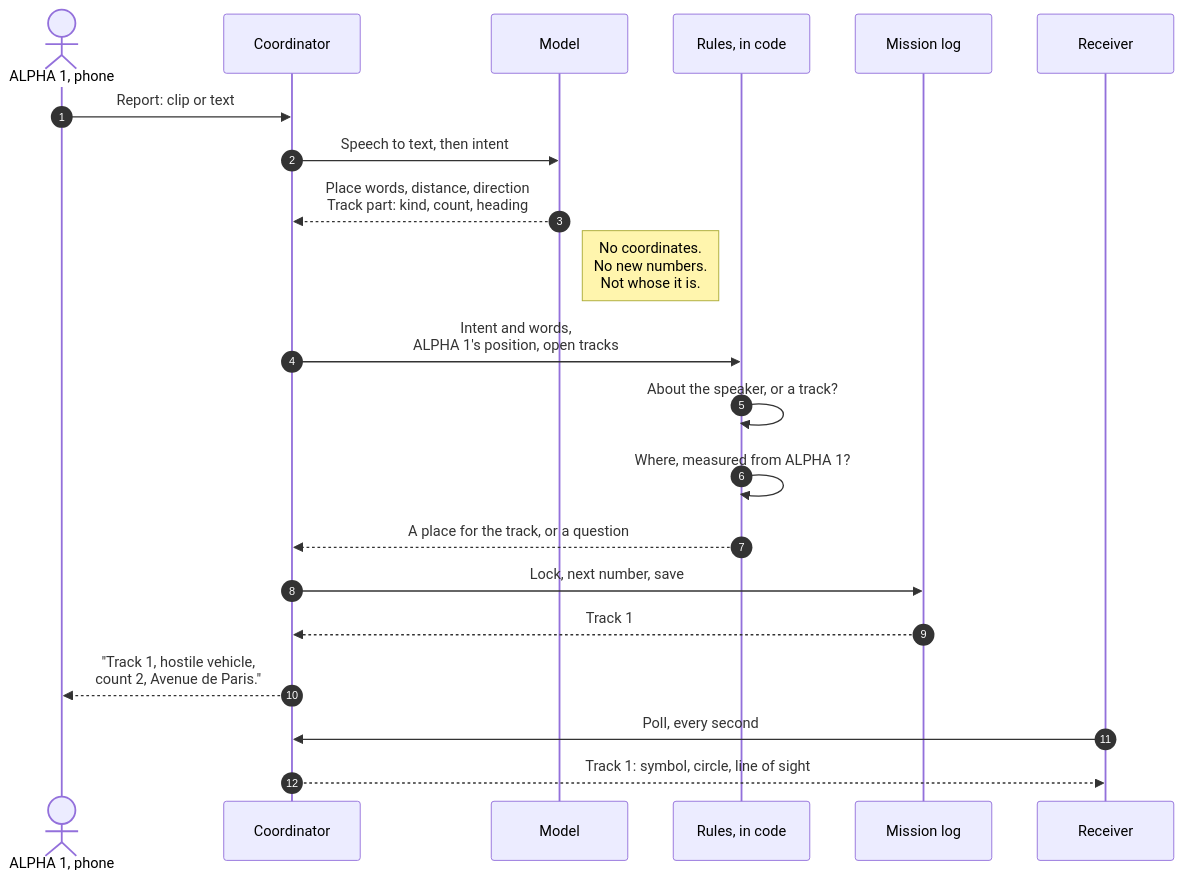
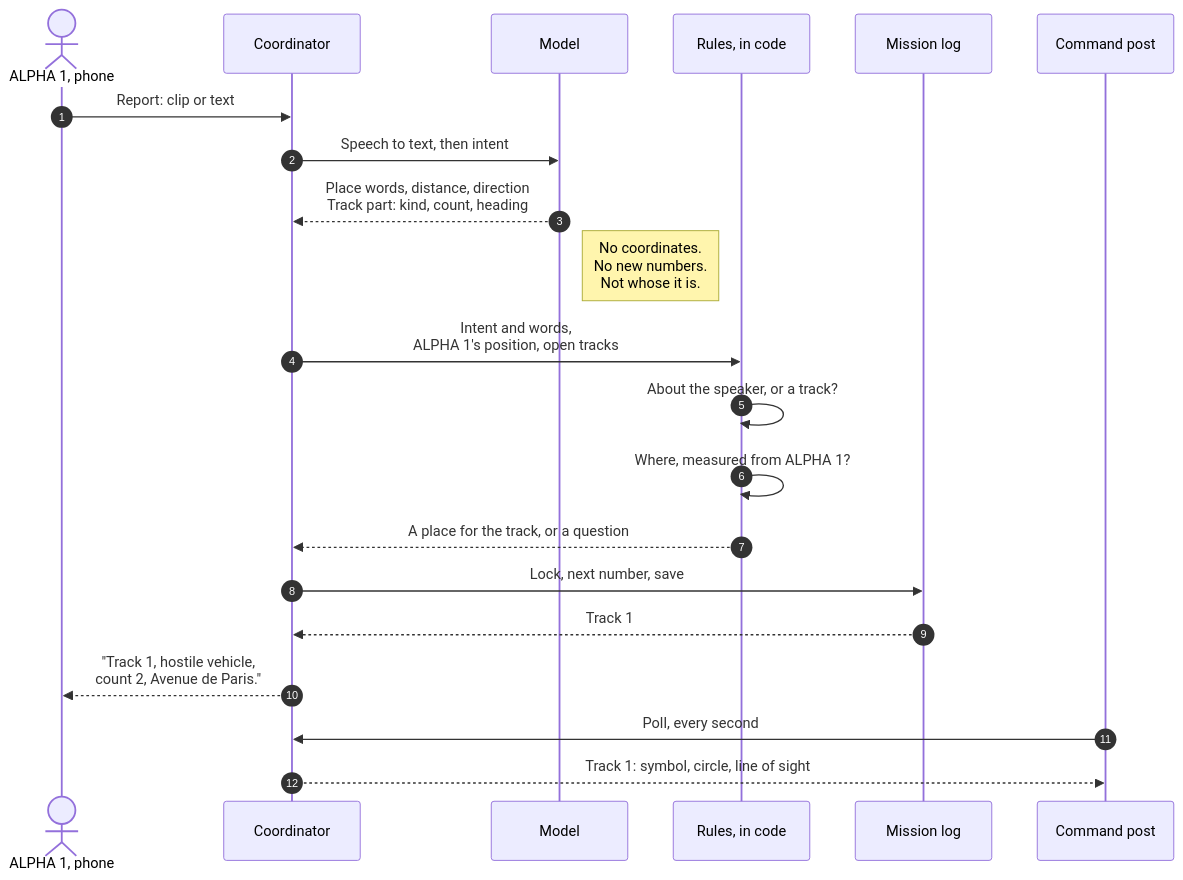
Before and after one commit to adam2765/edth-hackathon: the first of 4 diagrams in docs/tracks.md, drawn with Mermaid. The commit also changed other lines of this file and 45 other files, not shown here.

First line of the commit message:
Command post: place and edit tracks by hand, answer for a unit

````diff
--- a/docs/tracks.md
+++ b/docs/tracks.md
@@ -70,24 +70,24 @@
 ```mermaid
 sequenceDiagram
     autonumber
     actor A as ALPHA 1, phone
     participant C as Coordinator
     participant M as Model
     participant R as Rules, in code
     participant L as Mission log
-    participant B as Receiver
+    participant B as Command post
 
     A->>C: Report: clip or text
     C->>M: Speech to text, then intent
     M-->>C: Place words, distance, direction<br/>Track part: kind, count, heading
     Note right of M: No coordinates.<br/>No new numbers.<br/>Not whose it is.
     C->>R: Intent and words,<br/>ALPHA 1's position, open tracks
     R->>R: About the speaker, or a track?
     R->>R: Where, measured from ALPHA 1?
     R-->>C: A place for the track, or a question
     C->>L: Lock, next number, save
     L-->>C: Track 1
     C-->>A: "Track 1, hostile vehicle,<br/>count 2, Avenue de Paris."
     B->>C: Poll, every second
     C-->>B: Track 1: symbol, circle, line of sight
 ```
````
